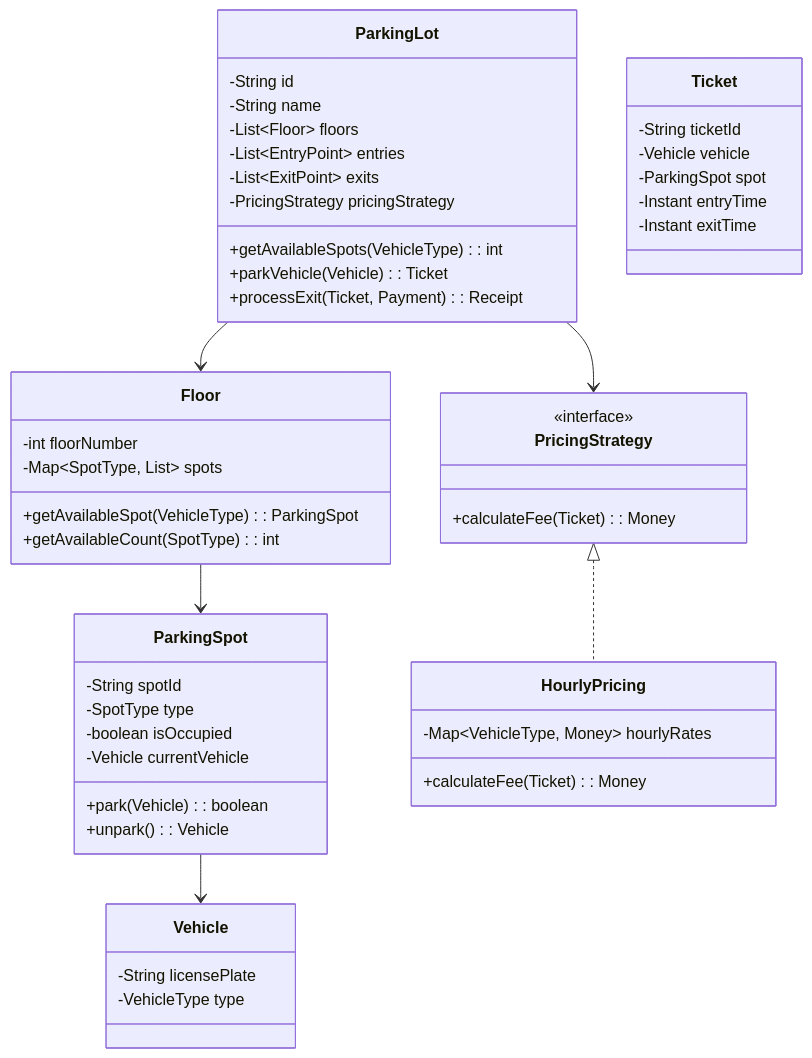
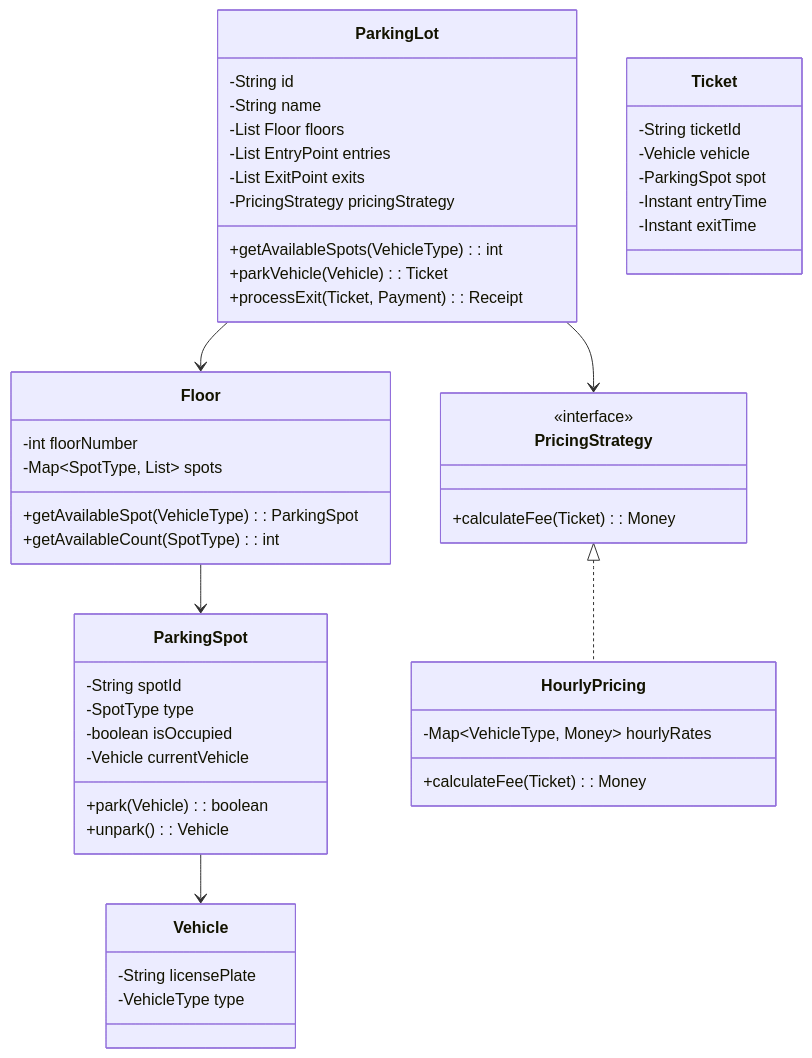
Before and after one commit to dlkr18/lld-playbook: the diagram in docs/week1/weekend/README.md, drawn with Mermaid. The commit also changed 26 other files, not shown here.

First line of the commit message:
Fix Mermaid v10 syntax errors in class diagrams.

````diff
--- a/docs/week1/weekend/README.md
+++ b/docs/week1/weekend/README.md
@@ -34,59 +34,59 @@
 ```mermaid
 classDiagram
     class ParkingLot {
         -String id
         -String name
-        -List~Floor~ floors
-        -List~EntryPoint~ entries
-        -List~ExitPoint~ exits
+        -List Floor floors
+        -List EntryPoint entries
+        -List ExitPoint exits
         -PricingStrategy pricingStrategy
         +getAvailableSpots(VehicleType): int
         +parkVehicle(Vehicle): Ticket
         +processExit(Ticket, Payment): Receipt
     }
 
     class Floor {
         -int floorNumber
         -Map~SpotType, List~ spots
         +getAvailableSpot(VehicleType): ParkingSpot
         +getAvailableCount(SpotType): int
     }
 
     class ParkingSpot {
         -String spotId
         -SpotType type
         -boolean isOccupied
         -Vehicle currentVehicle
         +park(Vehicle): boolean
         +unpark(): Vehicle
     }
 
     class Vehicle {
         -String licensePlate
         -VehicleType type
     }
 
     class Ticket {
         -String ticketId
         -Vehicle vehicle
         -ParkingSpot spot
         -Instant entryTime
         -Instant exitTime
     }
 
     class PricingStrategy {
         <<interface>>
         +calculateFee(Ticket): Money
     }
 
     class HourlyPricing {
         -Map~VehicleType, Money~ hourlyRates
         +calculateFee(Ticket): Money
     }
 
     ParkingLot --> Floor
     Floor --> ParkingSpot
     ParkingSpot --> Vehicle
     ParkingLot --> PricingStrategy
     PricingStrategy <|.. HourlyPricing
 ```
````
